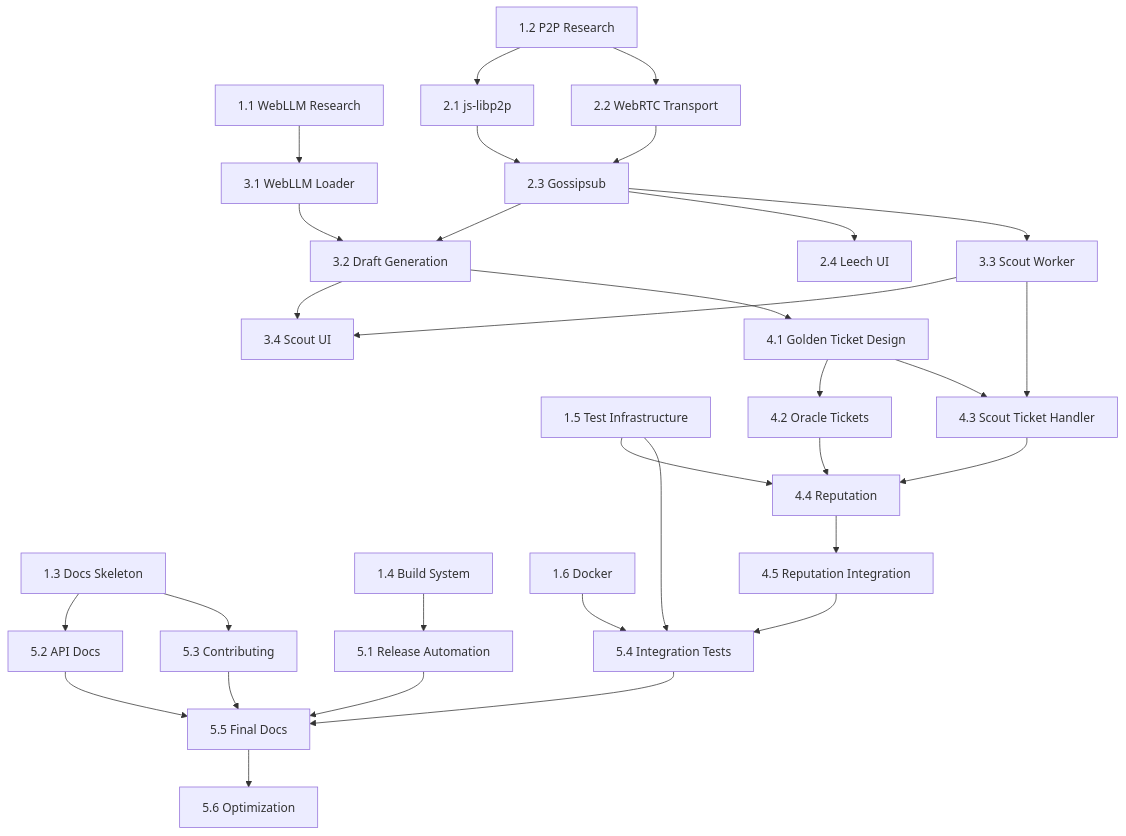
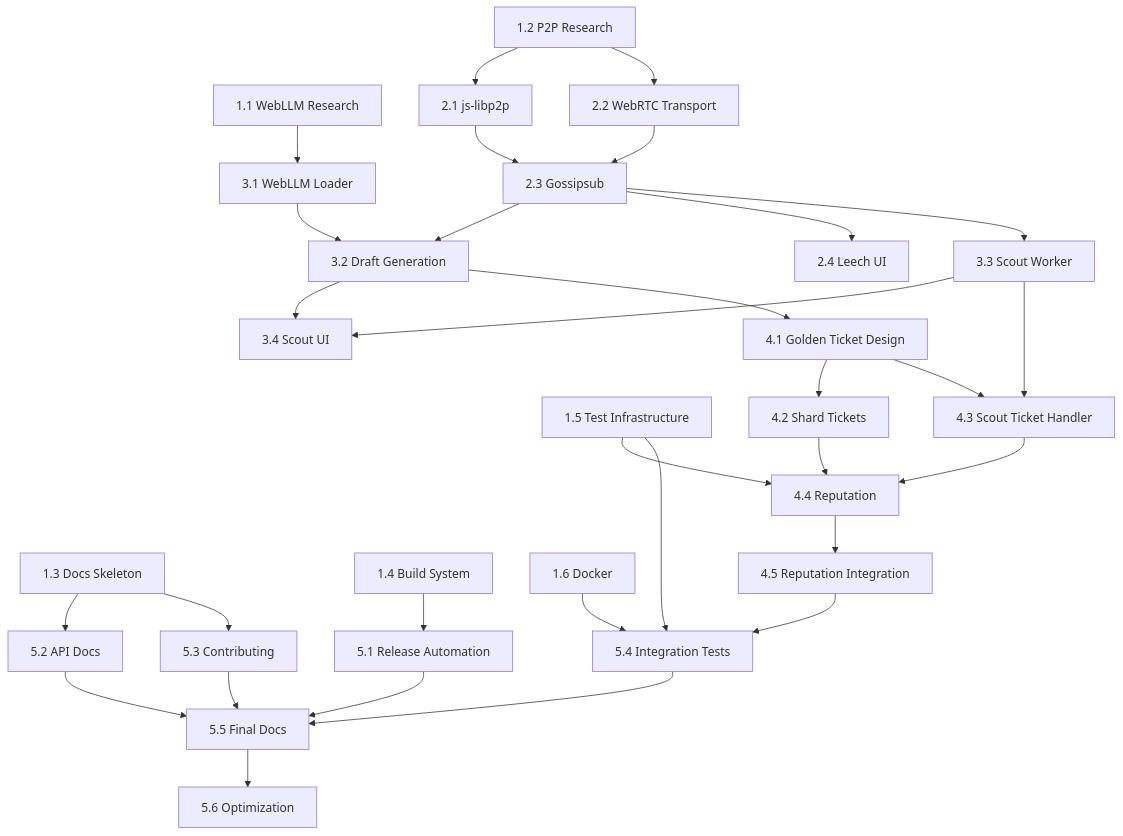
One commit to TrentPierce/Shard changed the diagram in docs/PARALLEL_EXECUTION_PLAN.md. Above: the diagram before and after it, drawn with Mermaid. The commit also changed other lines of this file and 60 other files, not shown here.

Commit message:
Rename Oracle terminology to Shard across project

````diff
--- a/docs/PARALLEL_EXECUTION_PLAN.md
+++ b/docs/PARALLEL_EXECUTION_PLAN.md
@@ -547,42 +547,42 @@
 ```mermaid
 graph TD
     %% Wave 1
     T11[1.1 WebLLM Research] --> T31[3.1 WebLLM Loader]
     T12[1.2 P2P Research] --> T21[2.1 js-libp2p]
     T12 --> T22[2.2 WebRTC Transport]
     T13[1.3 Docs Skeleton] --> T52[5.2 API Docs]
     T13 --> T53[5.3 Contributing]
     T14[1.4 Build System] --> T51[5.1 Release Automation]
     T15[1.5 Test Infrastructure] --> T44[4.4 Security Tests]
     T15 --> T54[5.4 Integration Tests]
     T16[1.6 Docker] --> T54
     
     %% Wave 2
     T21 --> T23[2.3 Gossipsub]
     T22 --> T23
     T23 --> T32[3.2 Draft Generation]
     T23 --> T24[2.4 Leech UI]
     T23 --> T33[3.3 Scout Worker]
     
     %% Wave 3
     T31 --> T32
     T32 --> T34[3.4 Scout UI]
     T32 --> T41[4.1 Golden Ticket Design]
     T33 --> T34
     T33 --> T43[4.3 Scout Ticket Handler]
     
     %% Wave 4
-    T41 --> T42[4.2 Oracle Tickets]
+    T41 --> T42[4.2 Shard Tickets]
     T41 --> T43
     T42 --> T44[4.4 Reputation]
     T43 --> T44
     T44 --> T45[4.5 Reputation Integration]
     T45 --> T54
     
     %% Wave 5
     T51 --> T55[5.5 Final Docs]
     T52 --> T55
     T53 --> T55
     T54 --> T55
     T55 --> T56[5.6 Optimization]
 ```
````
